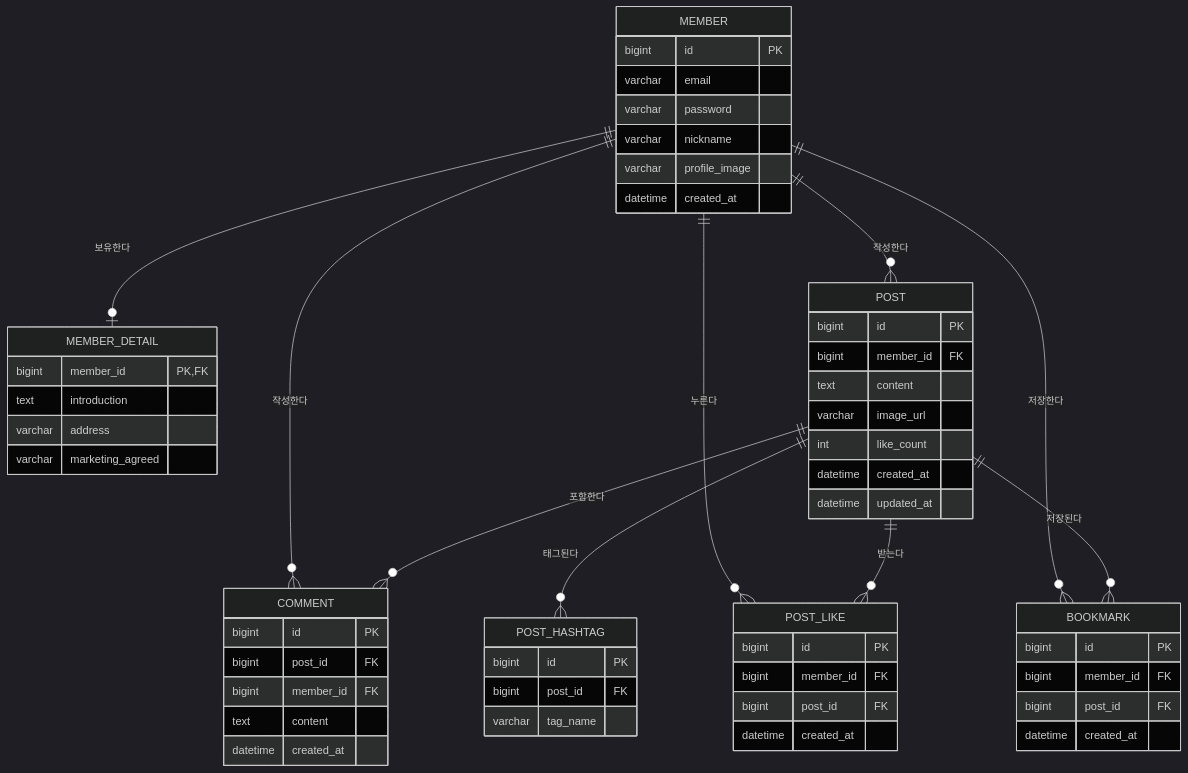
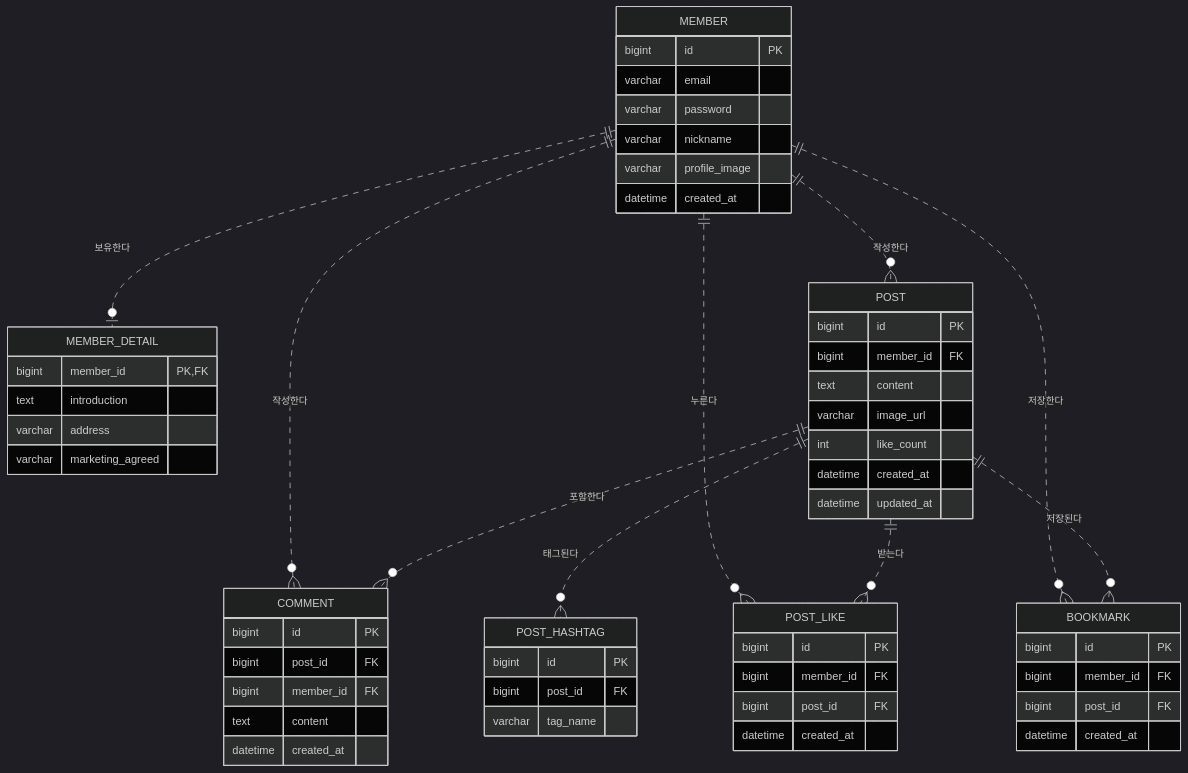
Before and after one commit to BEBC-25/springboot-yong: the seventh of 7 diagrams in docs/04.spring_data_jdbc.md, drawn with Mermaid (dark theme). The commit also changed other lines of this file, not shown here.

````diff
--- a/docs/04.spring_data_jdbc.md
+++ b/docs/04.spring_data_jdbc.md
@@ -758,66 +758,66 @@
 ```mermaid
 erDiagram
-    MEMBER ||--o| MEMBER_DETAIL : "보유한다"
-    MEMBER ||--o{ POST : "작성한다"
-    MEMBER ||--o{ COMMENT : "작성한다"
-    POST ||--o{ COMMENT : "포함한다"
-    POST ||--o{ POST_HASHTAG : "태그된다"
-    MEMBER ||--o{ POST_LIKE : "누른다"
-    POST ||--o{ POST_LIKE : "받는다"
-    MEMBER ||--o{ BOOKMARK : "저장한다"
-    POST ||--o{ BOOKMARK : "저장된다"
+    MEMBER ||..o| MEMBER_DETAIL : "보유한다"
+    MEMBER ||..o{ POST : "작성한다"
+    MEMBER ||..o{ COMMENT : "작성한다"
+    POST ||..o{ COMMENT : "포함한다"
+    POST ||..o{ POST_HASHTAG : "태그된다"
+    MEMBER ||..o{ POST_LIKE : "누른다"
+    POST ||..o{ POST_LIKE : "받는다"
+    MEMBER ||..o{ BOOKMARK : "저장한다"
+    POST ||..o{ BOOKMARK : "저장된다"
 
     MEMBER {
         bigint id PK
         varchar email
         varchar password
         varchar nickname
         varchar profile_image
         datetime created_at
     }
 
     MEMBER_DETAIL {
         bigint member_id PK,FK
         text introduction
         varchar address
         varchar marketing_agreed
     }
 
     POST {
         bigint id PK
         bigint member_id FK
         text content
         varchar image_url
         int like_count
         datetime created_at
         datetime updated_at
     }
 
     POST_HASHTAG {
         bigint id PK
         bigint post_id FK
         varchar tag_name
     }
 
     COMMENT {
         bigint id PK
         bigint post_id FK
         bigint member_id FK
         text content
         datetime created_at
     }
 
     POST_LIKE {
         bigint id PK
         bigint member_id FK
         bigint post_id FK
         datetime created_at
     }
 
     BOOKMARK {
         bigint id PK
         bigint member_id FK
         bigint post_id FK
         datetime created_at
     }
 ```
````
